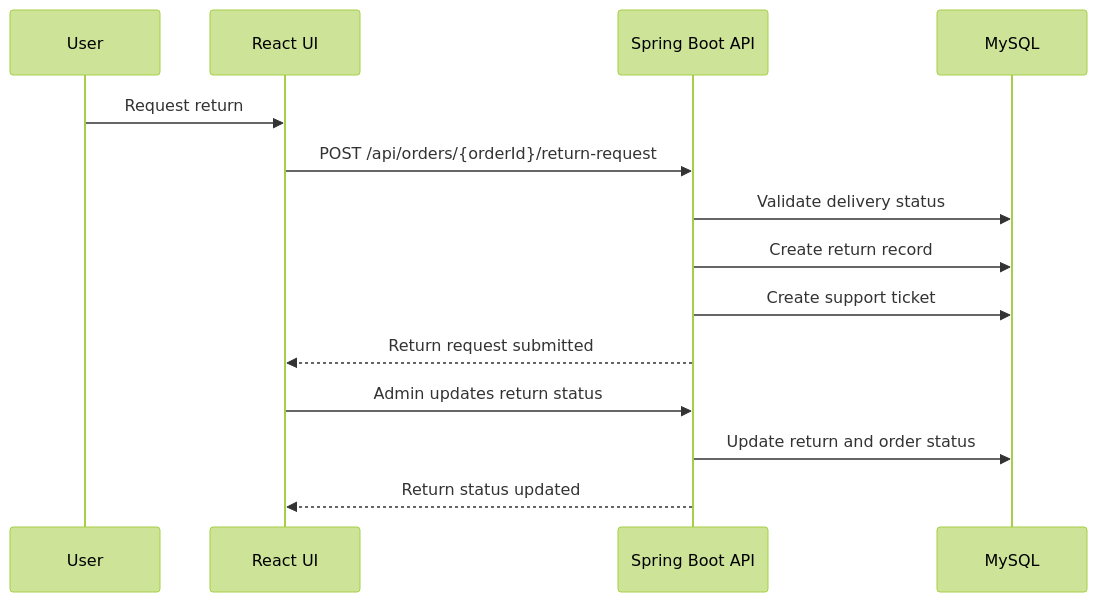
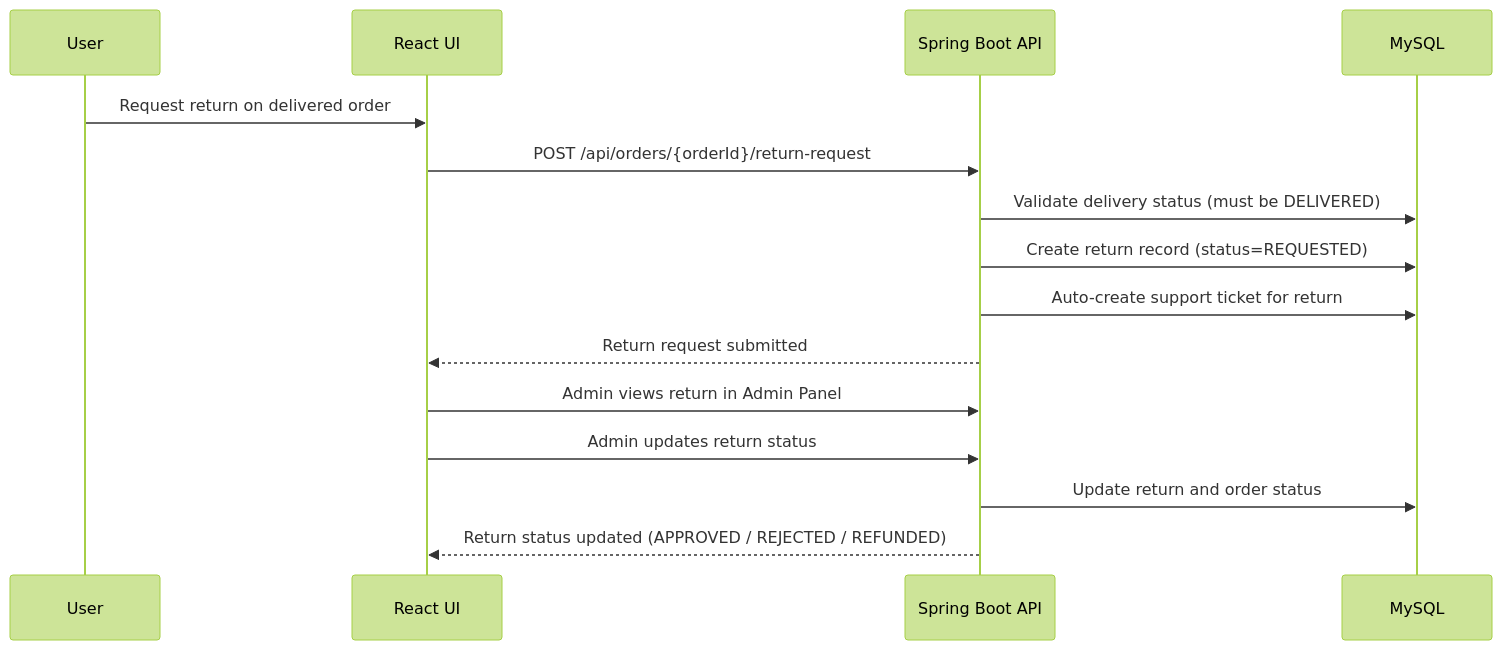
One commit to annnuuupam/NexCart changed the seventh of 12 diagrams in WORKFLOW.md. Above: the diagram before and after it, drawn with Mermaid (forest theme). The commit also changed other lines of this file and 41 other files, not shown here.

````diff
--- a/WORKFLOW.md
+++ b/WORKFLOW.md
@@ -87,18 +120,19 @@
 ```mermaid
 sequenceDiagram
   participant U as User
   participant FE as React UI
   participant BE as Spring Boot API
   participant DB as MySQL
 
-  U->>FE: Request return
+  U->>FE: Request return on delivered order
   FE->>BE: POST /api/orders/{orderId}/return-request
-  BE->>DB: Validate delivery status
-  BE->>DB: Create return record
-  BE->>DB: Create support ticket
+  BE->>DB: Validate delivery status (must be DELIVERED)
+  BE->>DB: Create return record (status=REQUESTED)
+  BE->>DB: Auto-create support ticket for return
   BE-->>FE: Return request submitted
 
+  FE->>BE: Admin views return in Admin Panel
   FE->>BE: Admin updates return status
   BE->>DB: Update return and order status
-  BE-->>FE: Return status updated
+  BE-->>FE: Return status updated (APPROVED / REJECTED / REFUNDED)
 ```
````
